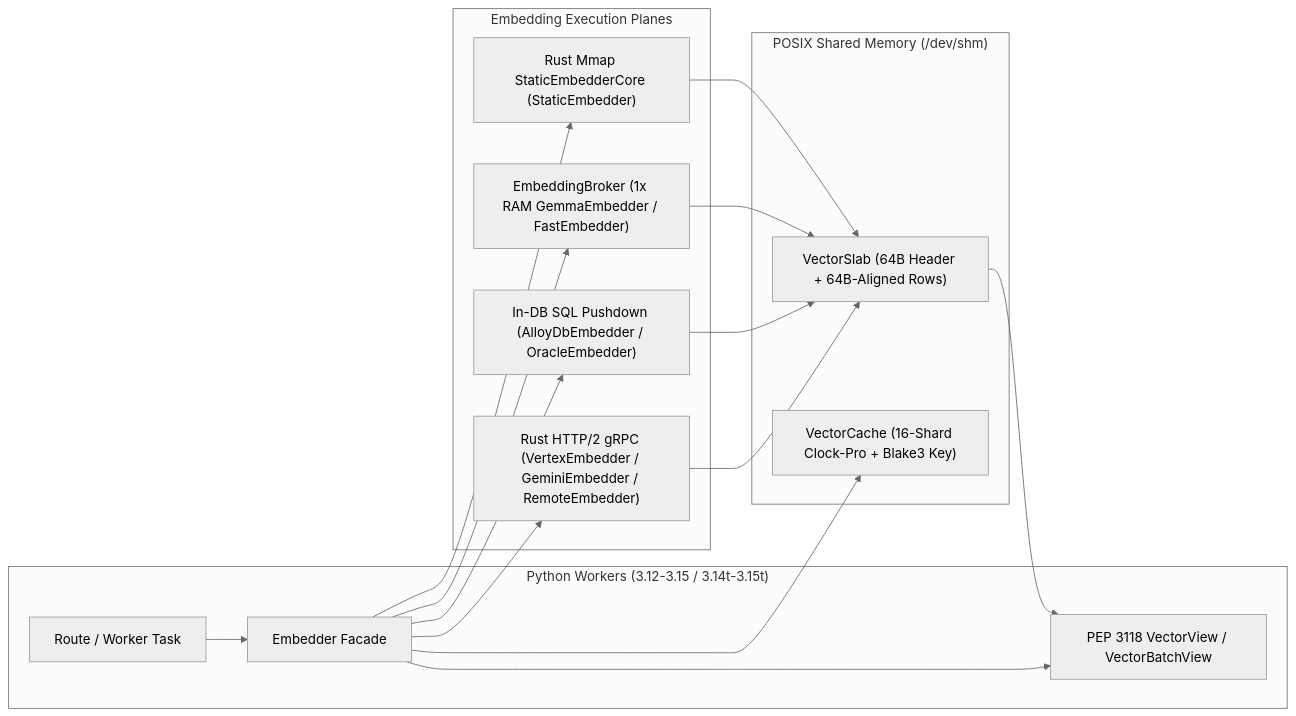
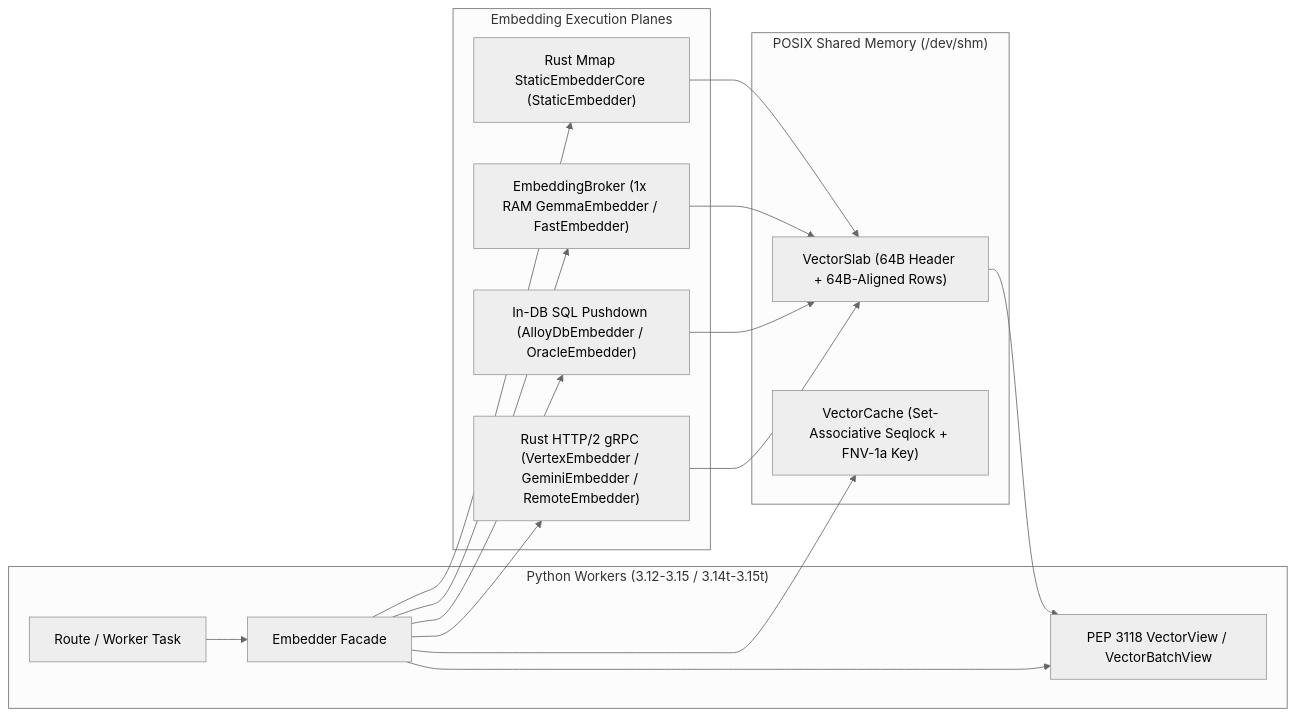
One commit to cofin/vertebra changed the diagram in .agents/bundles/knowledge/domains/agent/embeddings-and-vectors.md. Above: the diagram before and after it, drawn with Mermaid (neutral theme). The commit also changed other lines of this file and 42 other files, not shown here.

````diff
--- a/.agents/bundles/knowledge/domains/agent/embeddings-and-vectors.md
+++ b/.agents/bundles/knowledge/domains/agent/embeddings-and-vectors.md
@@ -36,30 +36,30 @@
 ```mermaid
 flowchart LR
     subgraph Workers["Python Workers (3.12-3.15 / 3.14t-3.15t)"]
         W1["Route / Worker Task"] --> Emb["Embedder Facade"]
         Emb --> VView["PEP 3118 VectorView / VectorBatchView"]
     end
 
     subgraph Backends["Embedding Execution Planes"]
         GGrpc["Rust HTTP/2 gRPC (VertexEmbedder / GeminiEmbedder / RemoteEmbedder)"]
         SqlPush["In-DB SQL Pushdown (AlloyDbEmbedder / OracleEmbedder)"]
         Broker["EmbeddingBroker (1x RAM GemmaEmbedder / FastEmbedder)"]
         Static["Rust Mmap StaticEmbedderCore (StaticEmbedder)"]
     end
 
     subgraph ShmPlane["POSIX Shared Memory (/dev/shm)"]
         Slab["VectorSlab (64B Header + 64B-Aligned Rows)"]
-        Cache["VectorCache (16-Shard Clock-Pro + Blake3 Key)"]
+        Cache["VectorCache (Set-Associative Seqlock + FNV-1a Key)"]
     end
 
     Emb --> Cache
     Emb --> GGrpc
     Emb --> SqlPush
     Emb --> Broker
     Emb --> Static
     GGrpc --> Slab
     SqlPush --> Slab
     Broker --> Slab
     Static --> Slab
     Slab --> VView
 ```
````
